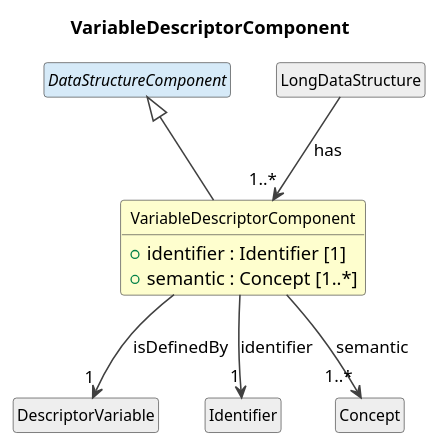
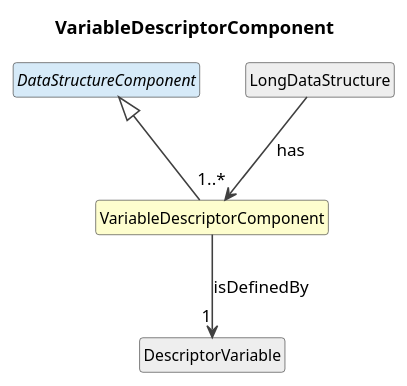
The diagram in cdif-uml-model/CDIFDataStructure/Classes/VariableDescriptorComponent.pu (Cross-Domain-Interoperability-Framework/metadataBuildingBlocks), drawn with PlantUML before and after one commit. The commit also changed 137 other files, not shown here.

First line of the commit message:
Regenerate UML model browser: simplified child diagrams + model edits

```diff
--- a/cdif-uml-model/CDIFDataStructure/Classes/VariableDescriptorComponent.pu
+++ b/cdif-uml-model/CDIFDataStructure/Classes/VariableDescriptorComponent.pu
@@ -1,28 +1,21 @@
 @startuml
 title VariableDescriptorComponent
 hide circle
 hide empty members
 skinparam shadowing false
 skinparam ArrowThickness 1.2
 skinparam class {
   ArrowColor #404040
   BorderColor #404040
   FontSize 12
 }
 
-class "VariableDescriptorComponent" as VariableDescriptorComponent #FEFECE {
-  +identifier : Identifier [1]
-  +semantic : Concept [1..*]
-}
+class "VariableDescriptorComponent" as VariableDescriptorComponent #FEFECE
 abstract class "DataStructureComponent" as DataStructureComponent #D6EAF8
 DataStructureComponent <|-- VariableDescriptorComponent
 class "LongDataStructure" as LongDataStructure #EEEEEE
 LongDataStructure --> "1..*" VariableDescriptorComponent : has
 class "DescriptorVariable" as DescriptorVariable #EEEEEE
 VariableDescriptorComponent --> "1" DescriptorVariable : isDefinedBy
-class "Identifier" as Identifier #EEEEEE
-VariableDescriptorComponent --> "1" Identifier : identifier
-class "Concept" as Concept #EEEEEE
-VariableDescriptorComponent --> "1..*" Concept : semantic
 
 @enduml
```
